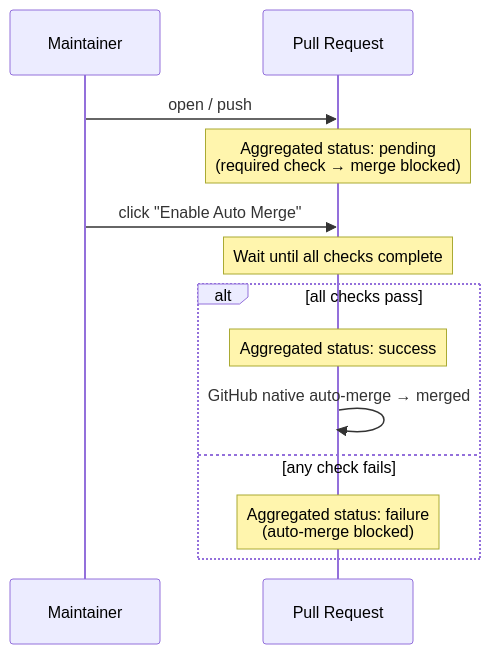
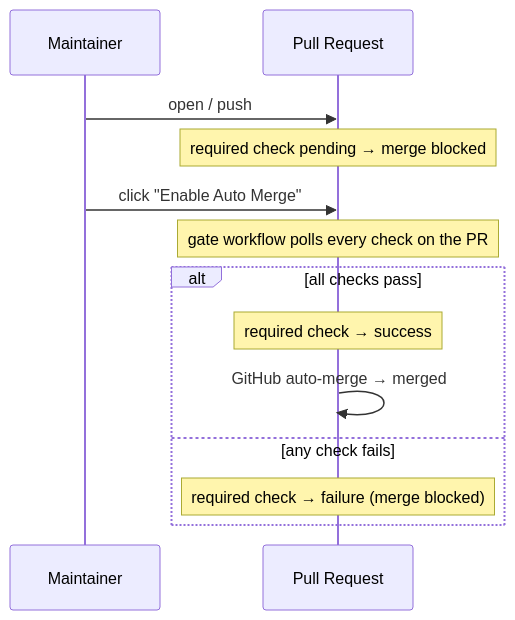
Before and after one commit to pkgdeps/check-suite-gate: the diagram in README.md, drawn with Mermaid. The commit also changed other lines of this file and 6 other files, not shown here.

First line of the commit message:
feat!: v2 gating via job exit code with commit-status / fork-gate modes (#14)

````diff
--- a/README.md
+++ b/README.md
@@ -17,18 +17,18 @@
 ```mermaid
 sequenceDiagram
     participant U as Maintainer
     participant PR as Pull Request
 
     U->>PR: open / push
-    Note over PR: Aggregated status: pending<br/>(required check → merge blocked)
+    Note over PR: required check pending → merge blocked
 
     U->>PR: click "Enable Auto Merge"
-    Note over PR: Wait until all checks complete
+    Note over PR: gate workflow polls every check on the PR
 
     alt all checks pass
-        Note over PR: Aggregated status: success
-        PR->>PR: GitHub native auto-merge → merged
+        Note over PR: required check → success
+        PR->>PR: GitHub auto-merge → merged
     else any check fails
-        Note over PR: Aggregated status: failure<br/>(auto-merge blocked)
+        Note over PR: required check → failure (merge blocked)
     end
 ```
````
